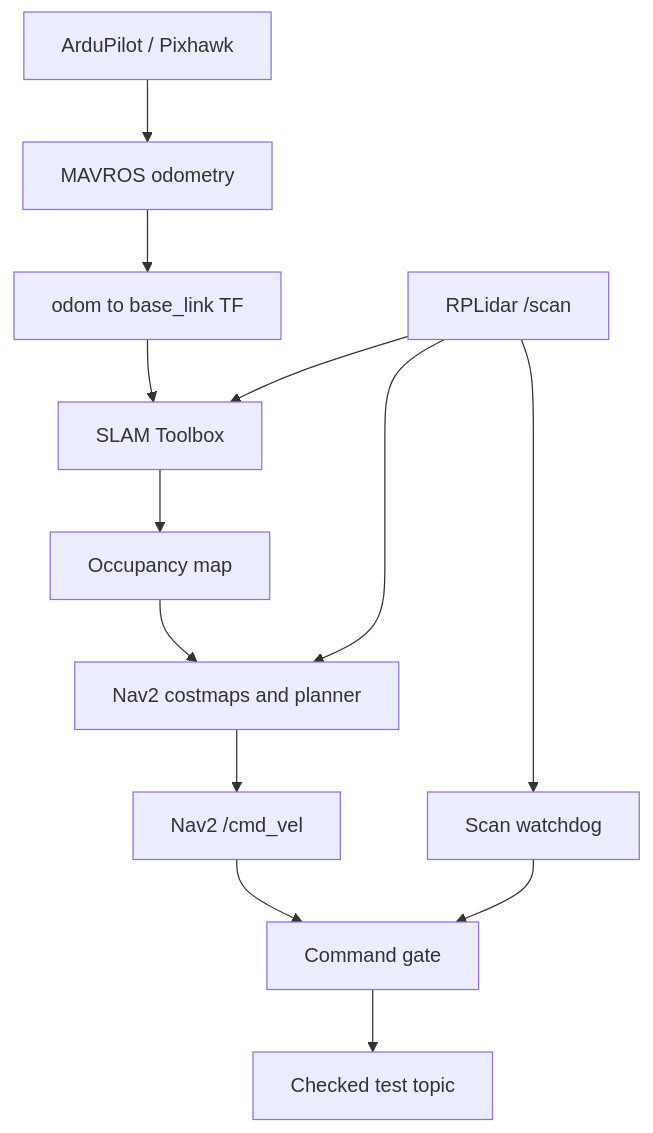
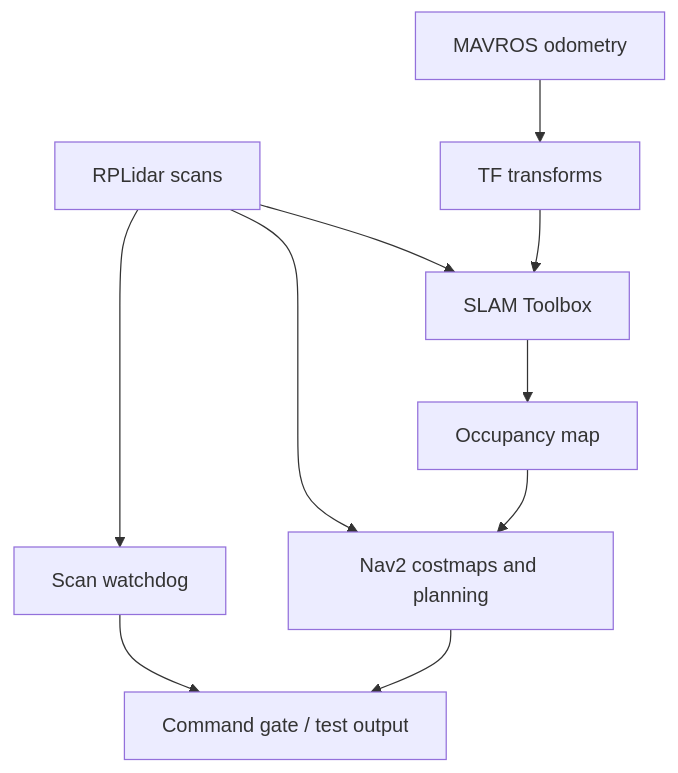
The diagram in README.md (Pratham-G-R/lidar-drone-navigation), drawn with Mermaid before and after one commit. The commit also changed other lines of this file and 17 other files, not shown here.

````diff
--- a/README.md
+++ b/README.md
@@ -36,15 +28,12 @@
 ```mermaid
 flowchart TD
-  FC["ArduPilot / Pixhawk"] --> MAV["MAVROS odometry"]
-  MAV --> TF["odom to base_link TF"]
-  LIDAR["RPLidar /scan"] --> SLAM["SLAM Toolbox"]
-  TF --> SLAM
-  SLAM --> MAP["Occupancy map"]
-  MAP --> NAV["Nav2 costmaps and planner"]
-  LIDAR --> NAV
-  NAV --> CMD["Nav2 /cmd_vel"]
-  LIDAR --> STOP["Scan watchdog"]
-  CMD --> GATE["Command gate"]
-  STOP --> GATE
-  GATE --> OUT["Checked test topic"]
+  L["RPLidar scans"] --> S["SLAM Toolbox"]
+  M["MAVROS odometry"] --> T["TF transforms"]
+  T --> S
+  S --> O["Occupancy map"]
+  O --> N["Nav2 costmaps and planning"]
+  L --> N
+  N --> C["Command gate / test output"]
+  L --> W["Scan watchdog"]
+  W --> C
 ```
````
